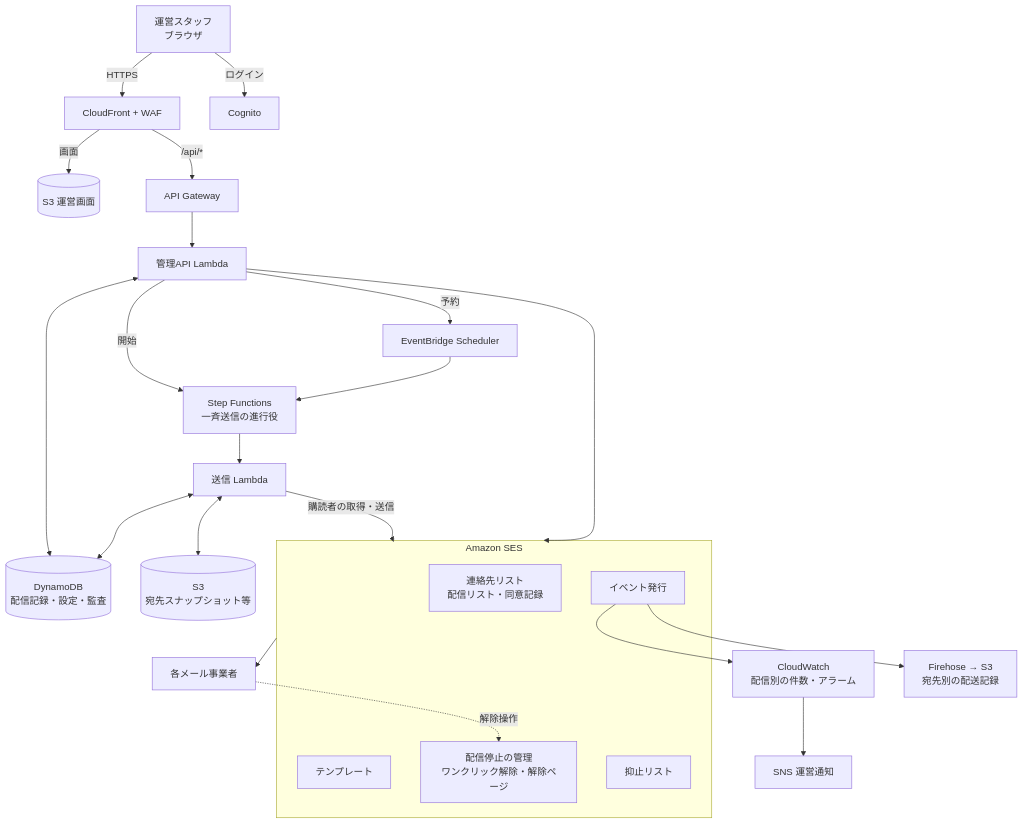
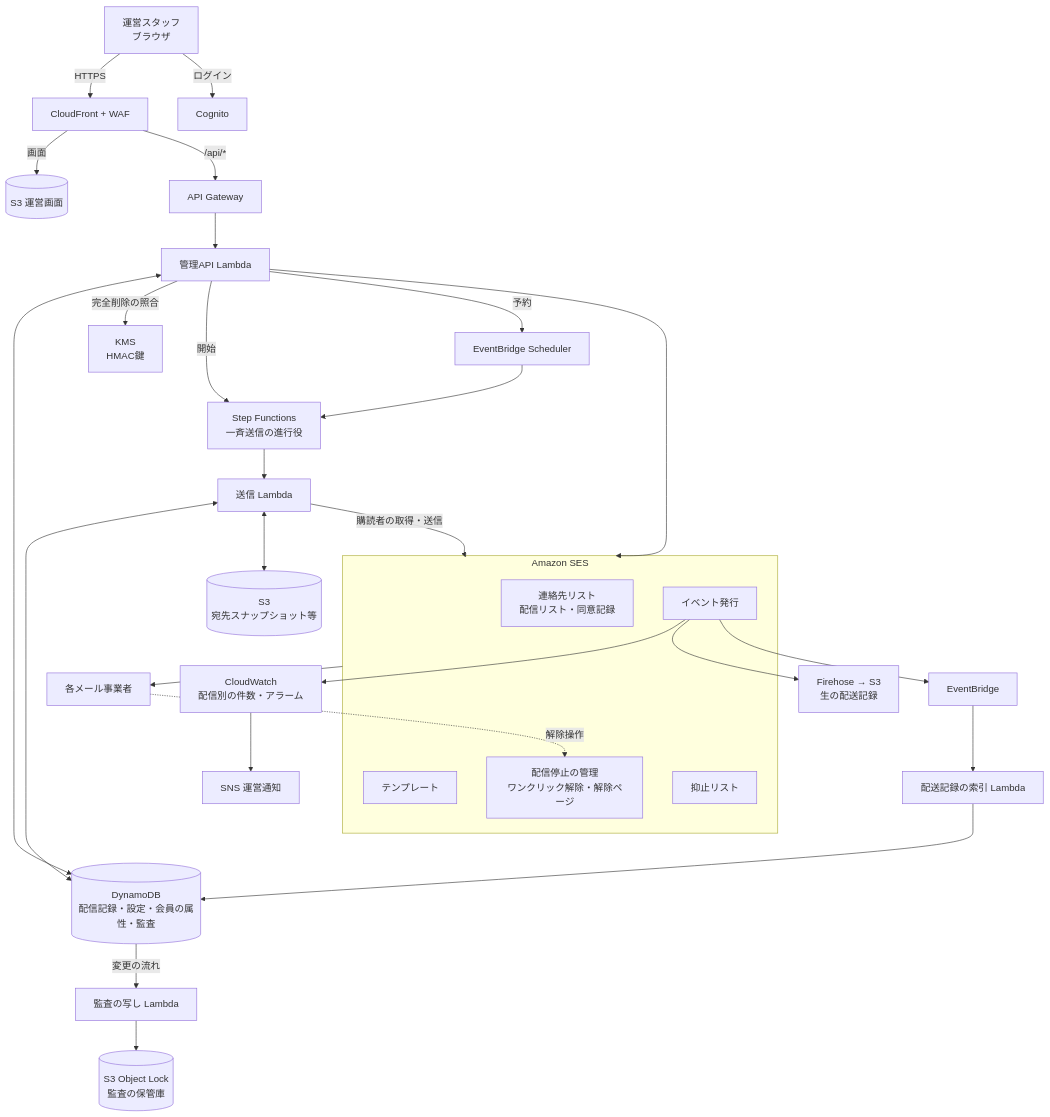
Before and after one commit to i109004t-debug/hato2comeback: the first of 2 diagrams in docs/基本設計書.md, drawn with Mermaid. The commit also changed other lines of this file and 3 other files, not shown here.

````diff
--- a/docs/基本設計書.md
+++ b/docs/基本設計書.md
@@ -92,29 +96,33 @@
 ```mermaid
 flowchart TB
     U[運営スタッフ<br/>ブラウザ] -->|HTTPS| CF[CloudFront + WAF]
     U -->|ログイン| CG[Cognito]
     CF -->|画面| S3W[(S3 運営画面)]
     CF -->|/api/*| AP[API Gateway]
     AP --> API[管理API Lambda]
-    API <--> DB[(DynamoDB<br/>配信記録・設定・監査)]
+    API <--> DB[(DynamoDB<br/>配信記録・設定・会員の属性・監査)]
+    DB -->|変更の流れ| AU[監査の写し Lambda]
+    AU --> S3A[(S3 Object Lock<br/>監査の保管庫)]
+    API -->|完全削除の照合| KMS[KMS<br/>HMAC鍵]
     API --> SES
     API -->|開始| SFN
     API -->|予約| SCH[EventBridge Scheduler]
     SCH --> SFN[Step Functions<br/>一斉送信の進行役]
     SFN --> WK[送信 Lambda]
     WK <--> DB
     WK <--> S3D[(S3<br/>宛先スナップショット等)]
     WK -->|購読者の取得・送信| SES
     subgraph SES[Amazon SES]
         CL[連絡先リスト<br/>配信リスト・同意記録]
         TP[テンプレート]
         SM[配信停止の管理<br/>ワンクリック解除・解除ページ]
         SP[抑止リスト]
         CS[イベント発行]
     end
     SES --> MB[各メール事業者]
     MB -.->|解除操作| SM
     CS --> CW[CloudWatch<br/>配信別の件数・アラーム]
-    CS --> FH[Firehose → S3<br/>宛先別の配送記録]
+    CS --> FH[Firehose → S3<br/>生の配送記録]
+    CS --> EB[EventBridge] --> EV[配送記録の索引 Lambda] --> DB
     CW --> SNS[SNS 運営通知]
 ```
````
